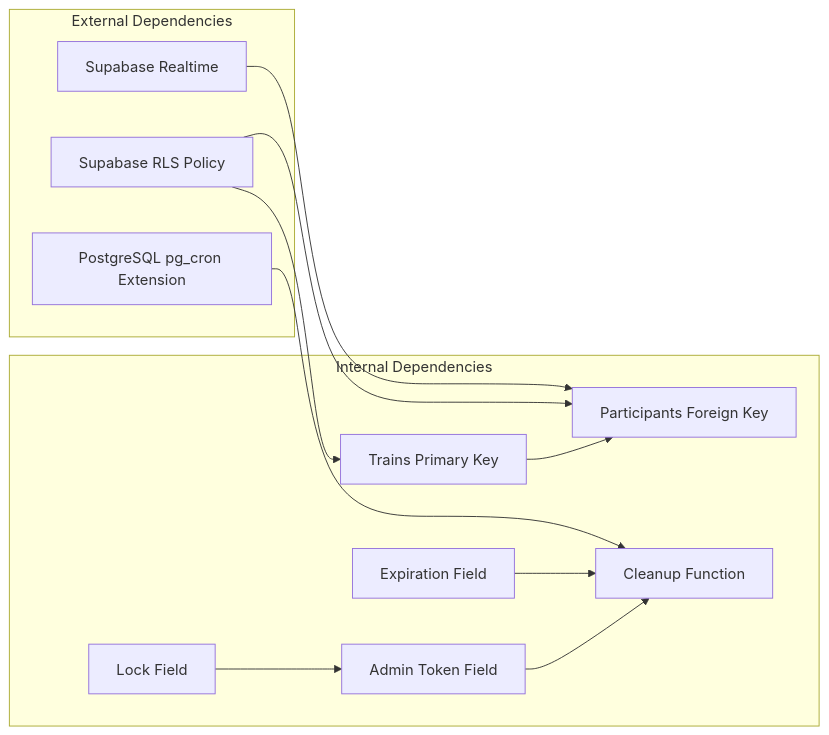
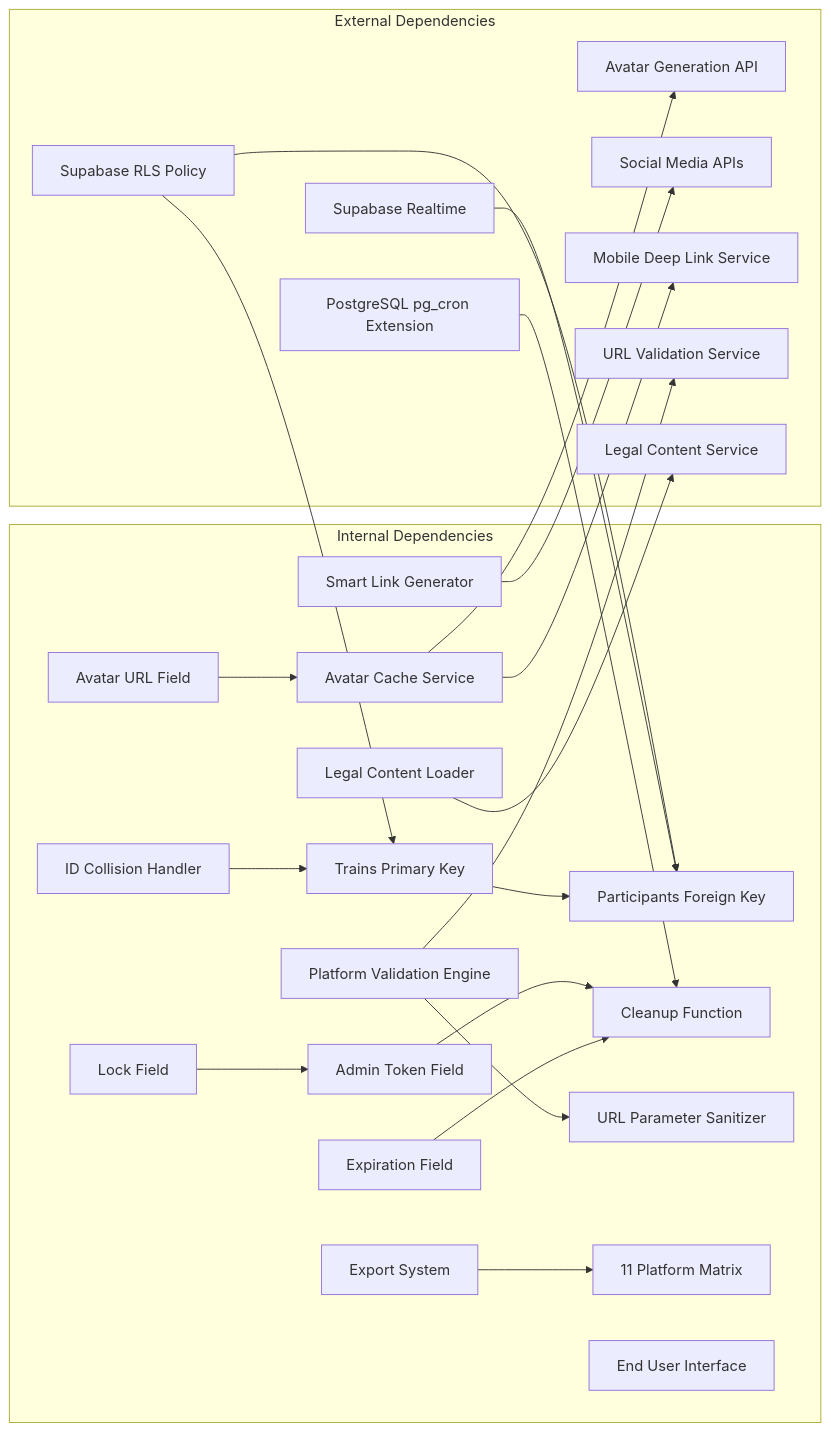
One commit to TheBooleanJulian/followtrain-v2 changed the eighth of 9 diagrams in .qoder/repowiki/en/content/Database Schema & Data Models.md. Above: the diagram before and after it, drawn with Mermaid. The commit also changed other lines of this file and 202 other files, not shown here.

````diff
--- a/.qoder/repowiki/en/content/Database Schema & Data Models.md
+++ b/.qoder/repowiki/en/content/Database Schema & Data Models.md
@@ -436,24 +717,48 @@
 ```mermaid
 graph LR
 subgraph "Internal Dependencies"
 TrainsFK["Trains Primary Key"]
 ParticipantsFK["Participants Foreign Key"]
 AdminToken["Admin Token Field"]
 ExpirationField["Expiration Field"]
 LockField["Lock Field"]
 CleanupFunction["Cleanup Function"]
+AvatarURL["Avatar URL Field"]
+IDCollision["ID Collision Handler"]
+SmartLinks["Smart Link Generator"]
+AvatarCache["Avatar Cache Service"]
+PlatformValidation["Platform Validation Engine"]
+URLSanitizer["URL Parameter Sanitizer"]
+LegalContent["Legal Content Loader"]
+ExportSystem["Export System"]
+PlatformMatrix["11 Platform Matrix"]
+EndUserInterface["End User Interface"]
 end
 subgraph "External Dependencies"
 SupabaseRLS["Supabase RLS Policy"]
 SupabaseRealtime["Supabase Realtime"]
 PgCron["PostgreSQL pg_cron Extension"]
+AvatarGeneration["Avatar Generation API"]
+SocialAPIs["Social Media APIs"]
+DeepLinkService["Mobile Deep Link Service"]
+URLValidationService["URL Validation Service"]
+LegalContentService["Legal Content Service"]
 end
 TrainsFK --> ParticipantsFK
 AdminToken --> CleanupFunction
 ExpirationField --> CleanupFunction
 LockField --> AdminToken
+AvatarURL --> AvatarCache
+IDCollision --> TrainsFK
+SmartLinks --> SocialAPIs
+AvatarCache --> AvatarGeneration
+AvatarCache --> DeepLinkService
+PlatformValidation --> URLValidationService
+PlatformValidation --> URLSanitizer
+LegalContent --> LegalContentService
+ExportSystem --> PlatformMatrix
 SupabaseRLS --> TrainsFK
 SupabaseRLS --> ParticipantsFK
 SupabaseRealtime --> ParticipantsFK
 PgCron --> CleanupFunction
 ```
````
